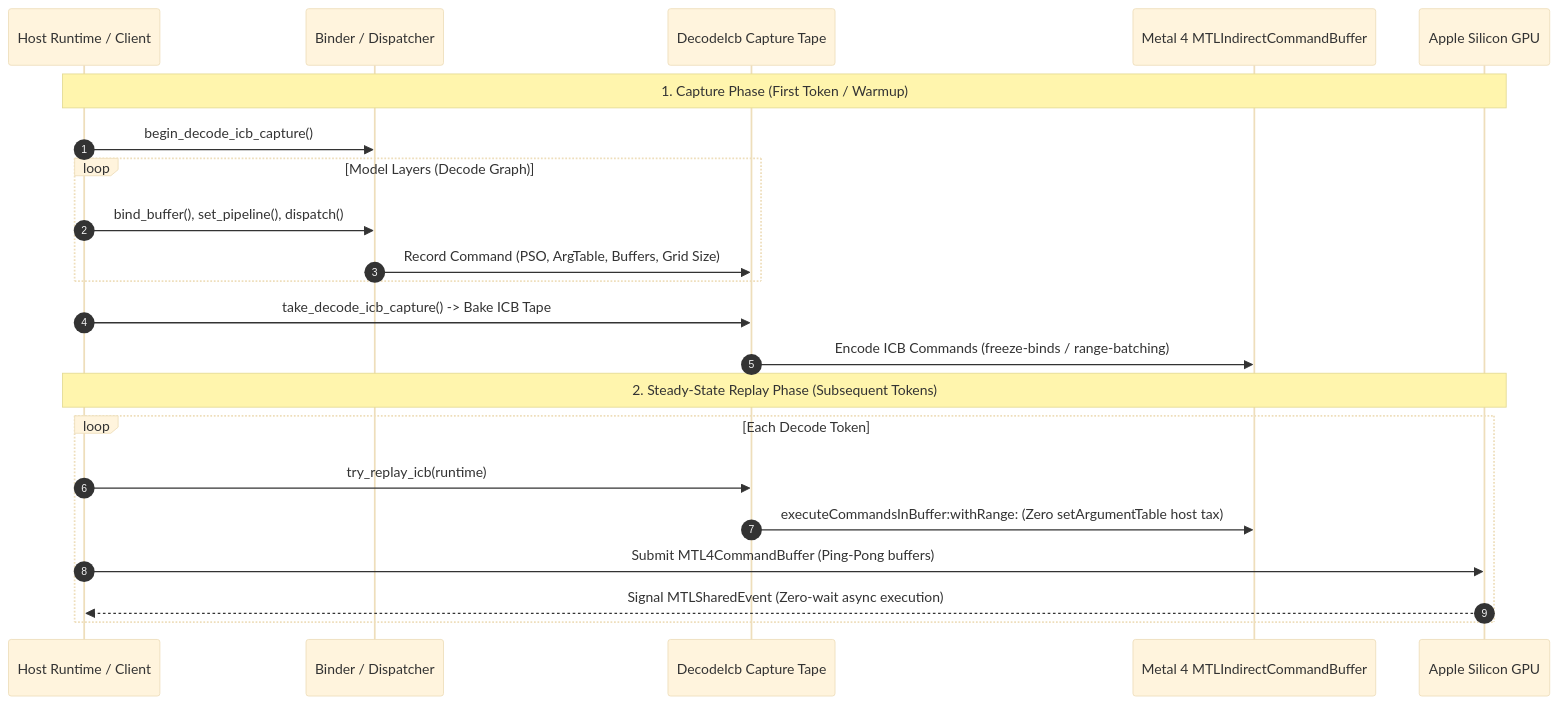
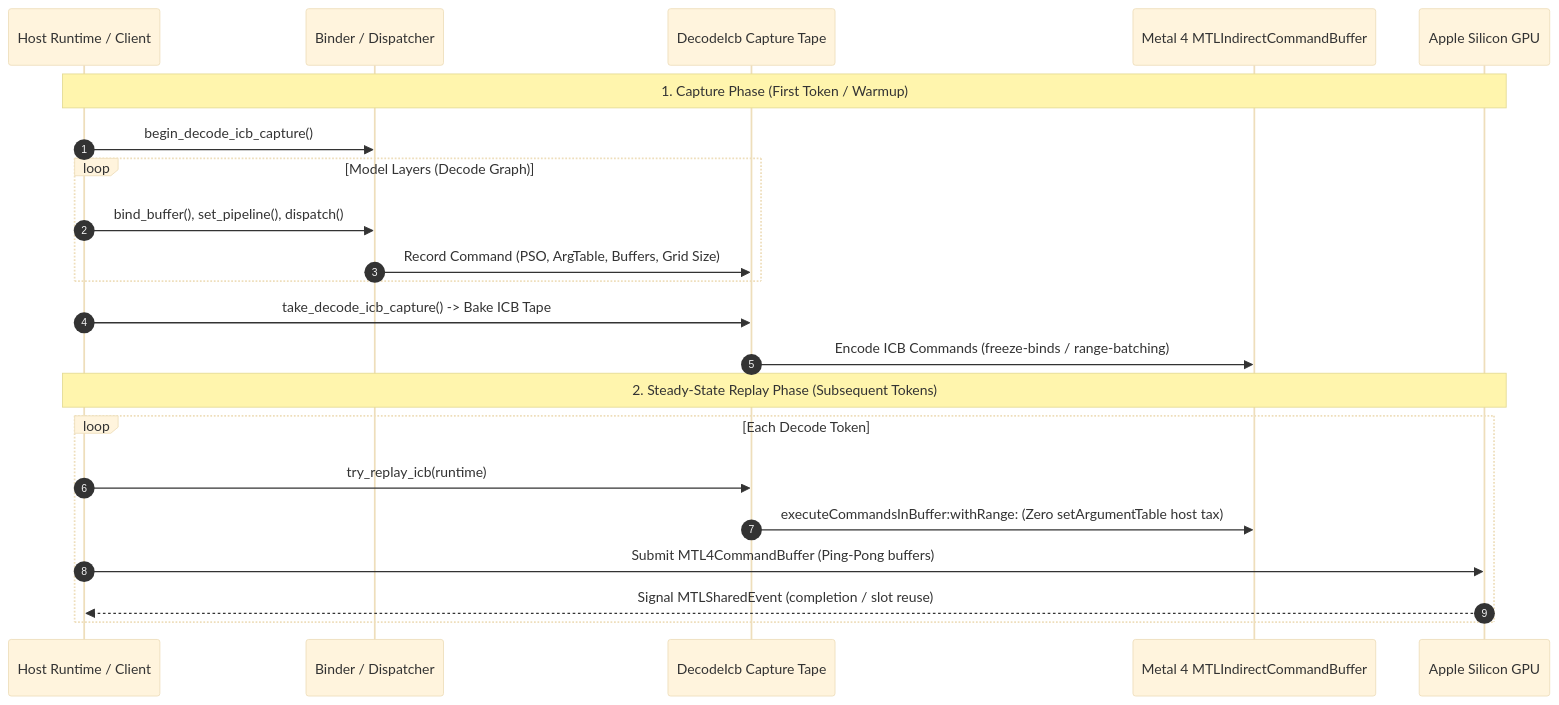
The fourth of 4 diagrams in Rust_MLKit/crates/tessl/README.md (bharathvbcr/MachineLearning), drawn with Mermaid (base theme) before and after one commit. The commit also changed other lines of this file and 76 other files, not shown here.

````diff
--- a/Rust_MLKit/crates/tessl/README.md
+++ b/Rust_MLKit/crates/tessl/README.md
@@ -175,26 +180,26 @@
 ```mermaid
 sequenceDiagram
     autonumber
     participant Host as Host Runtime / Client
     participant Binder as Binder / Dispatcher
     participant Tape as DecodeIcb Capture Tape
     participant ICB as Metal 4 MTLIndirectCommandBuffer
     participant GPU as Apple Silicon GPU
 
     Note over Host,GPU: 1. Capture Phase (First Token / Warmup)
     Host->>Binder: begin_decode_icb_capture()
     loop Model Layers (Decode Graph)
         Host->>Binder: bind_buffer(), set_pipeline(), dispatch()
         Binder->>Tape: Record Command (PSO, ArgTable, Buffers, Grid Size)
     end
     Host->>Tape: take_decode_icb_capture() -> Bake ICB Tape
     Tape->>ICB: Encode ICB Commands (freeze-binds / range-batching)
 
     Note over Host,GPU: 2. Steady-State Replay Phase (Subsequent Tokens)
     loop Each Decode Token
         Host->>Tape: try_replay_icb(runtime)
         Tape->>ICB: executeCommandsInBuffer:withRange: (Zero setArgumentTable host tax)
         Host->>GPU: Submit MTL4CommandBuffer (Ping-Pong buffers)
-        GPU-->>Host: Signal MTLSharedEvent (Zero-wait async execution)
+        GPU-->>Host: Signal MTLSharedEvent (completion / slot reuse)
     end
 ```
````
